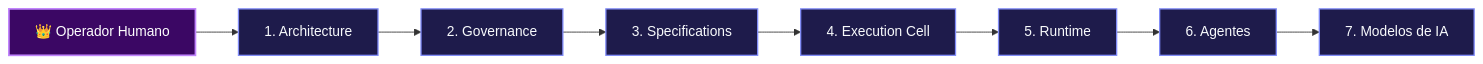
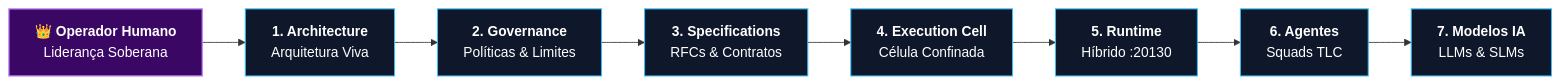
One commit to EnterDufter/PromptCoreLabs_AEOS changed the fourth of 5 diagrams in governance/operating-model.md. Above: the diagram before and after it, drawn with Mermaid. The commit also changed other lines of this file and 8 other files, not shown here.

Commit message:
docs(mermaid): padronizar 15 diagramas calibrados v7 no repo, github pages e skill cortex

````diff
--- a/governance/operating-model.md
+++ b/governance/operating-model.md
@@ -324,7 +308,7 @@
 ```mermaid
-graph LR
-    classDef top fill:#3b0764,stroke:#c084fc,stroke-width:2px,color:#fff;
-    classDef auth fill:#1e1b4b,stroke:#818cf8,stroke-width:1.5px,color:#f8fafc;
+flowchart LR
+    classDef top fill:#3b0764,stroke:#c084fc,stroke-width:1.5px,color:#ffffff;
+    classDef auth fill:#0f172a,stroke:#38bdf8,stroke-width:1.2px,color:#ffffff;
 
-    U["👑 Operador Humano"]:::top --> Arc["1. Architecture"]:::auth --> Gov["2. Governance"]:::auth --> Spec["3. Specifications"]:::auth --> EC["4. Execution Cell"]:::auth --> RT["5. Runtime"]:::auth --> Agt["6. Agentes"]:::auth --> Mdl["7. Modelos de IA"]:::auth
+    U["👑 <b>Operador Humano</b><br/>Liderança Soberana"]:::top --> Arc["<b>1. Architecture</b><br/>Arquitetura Viva"]:::auth --> Gov["<b>2. Governance</b><br/>Políticas & Limites"]:::auth --> Spec["<b>3. Specifications</b><br/>RFCs & Contratos"]:::auth --> EC["<b>4. Execution Cell</b><br/>Célula Confinada"]:::auth --> RT["<b>5. Runtime</b><br/>Híbrido :20130"]:::auth --> Agt["<b>6. Agentes</b><br/>Squads TLC"]:::auth --> Mdl["<b>7. Modelos IA</b><br/>LLMs & SLMs"]:::auth
 ```
````
